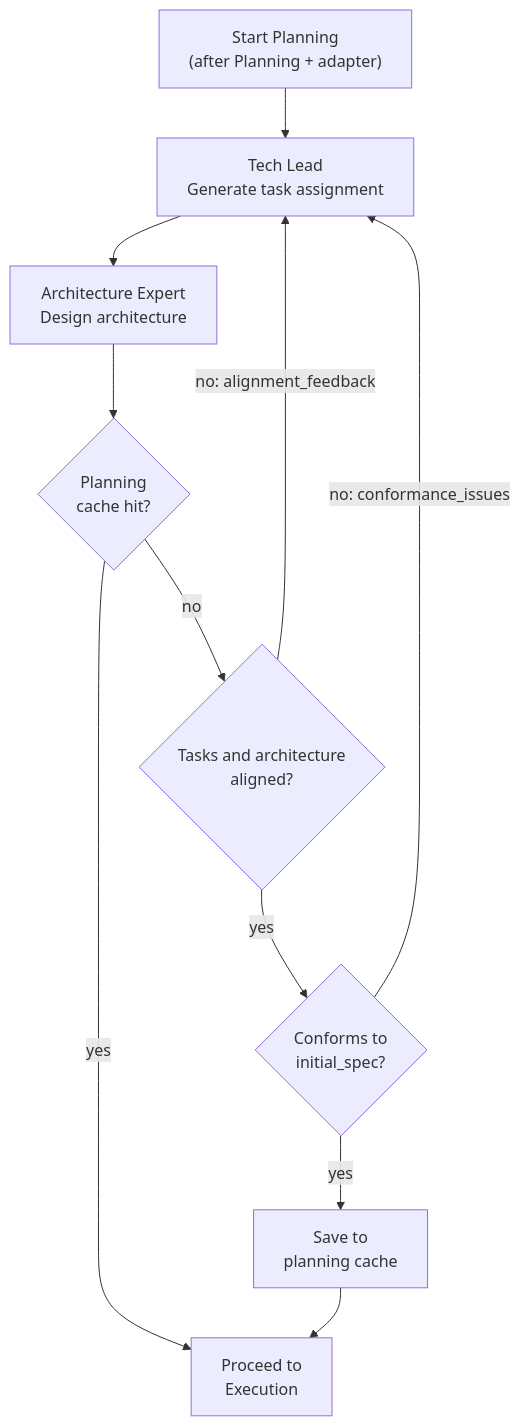
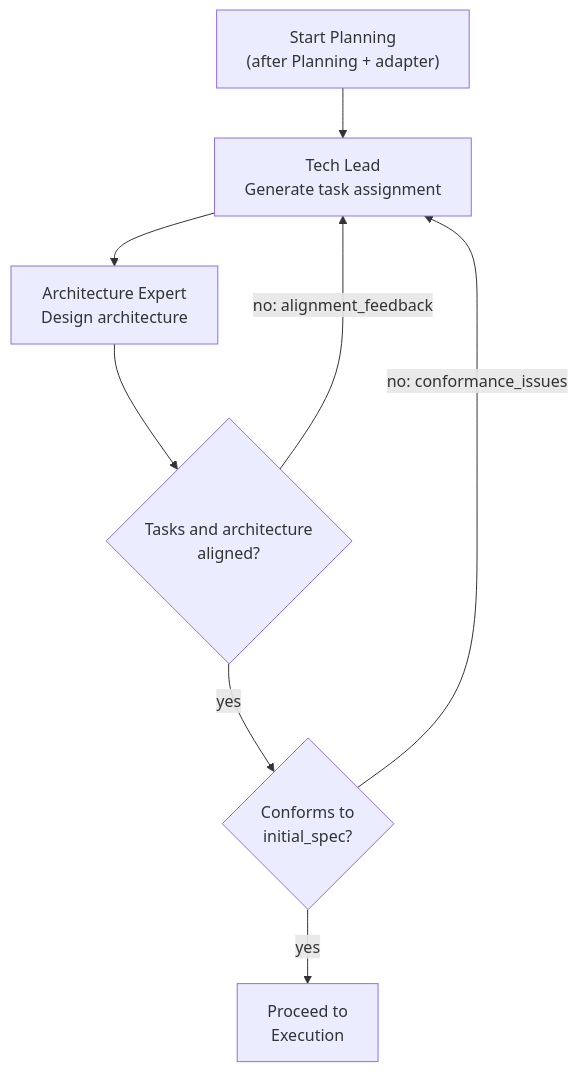
Before and after one commit to brandonkindred/Khala-Agentic-AI-Teams: the tenth of 15 diagrams in docs/ARCHITECTURE.md, drawn with Mermaid. The commit also changed other lines of this file and 14 other files, not shown here.

````diff
--- a/docs/ARCHITECTURE.md
+++ b/docs/ARCHITECTURE.md
@@ -481,19 +481,15 @@
 ```mermaid
 flowchart TB
     StartPlan["Start Planning\n(after Planning + adapter)"]
     TechLeadRun["Tech Lead\nGenerate task assignment"]
     ArchRun["Architecture Expert\nDesign architecture"]
-    CacheHit{"Planning\ncache hit?"}
     AlignCheck{"Tasks and architecture\naligned?"}
     ConformCheck{"Conforms to\ninitial_spec?"}
-    SaveCache["Save to\nplanning cache"]
     ProceedExec["Proceed to\nExecution"]
 
-    StartPlan --> TechLeadRun --> ArchRun --> CacheHit
-    CacheHit -->|"yes"| ProceedExec
-    CacheHit -->|"no"| AlignCheck
+    StartPlan --> TechLeadRun --> ArchRun --> AlignCheck
     AlignCheck -->|"no: alignment_feedback"| TechLeadRun
     AlignCheck -->|"yes"| ConformCheck
     ConformCheck -->|"no: conformance_issues"| TechLeadRun
-    ConformCheck -->|"yes"| SaveCache --> ProceedExec
+    ConformCheck -->|"yes"| ProceedExec
 ```
````
